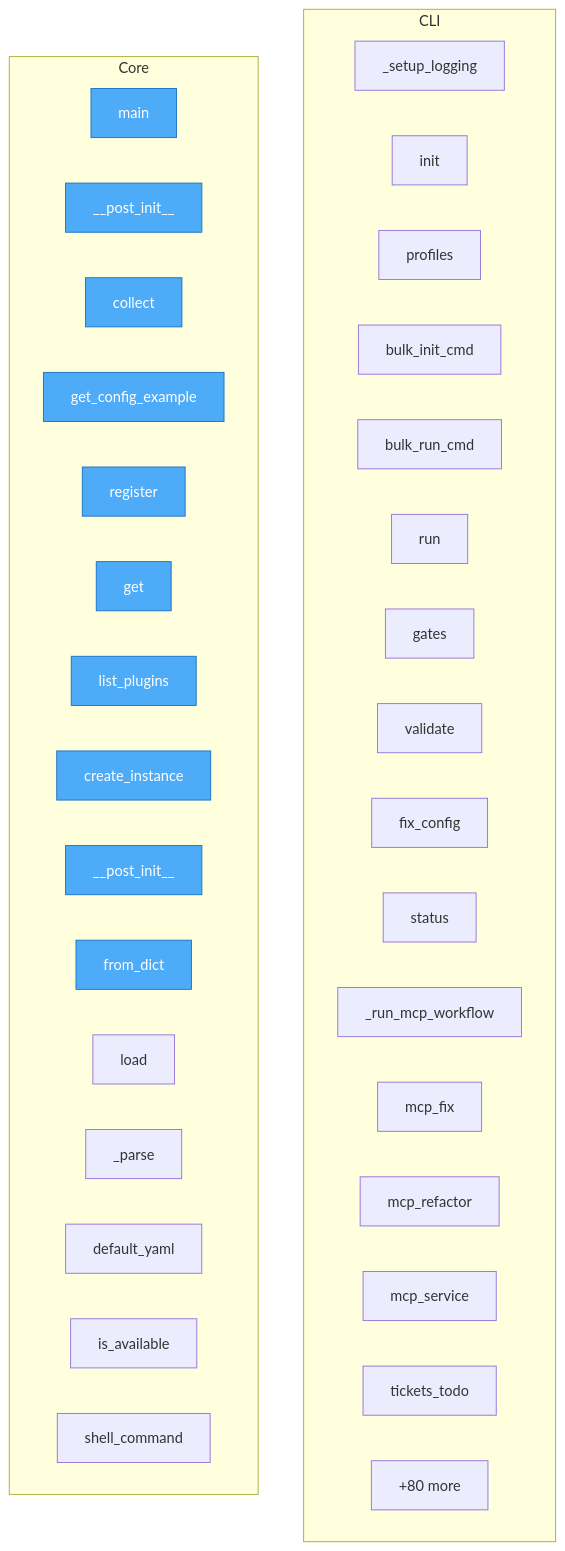
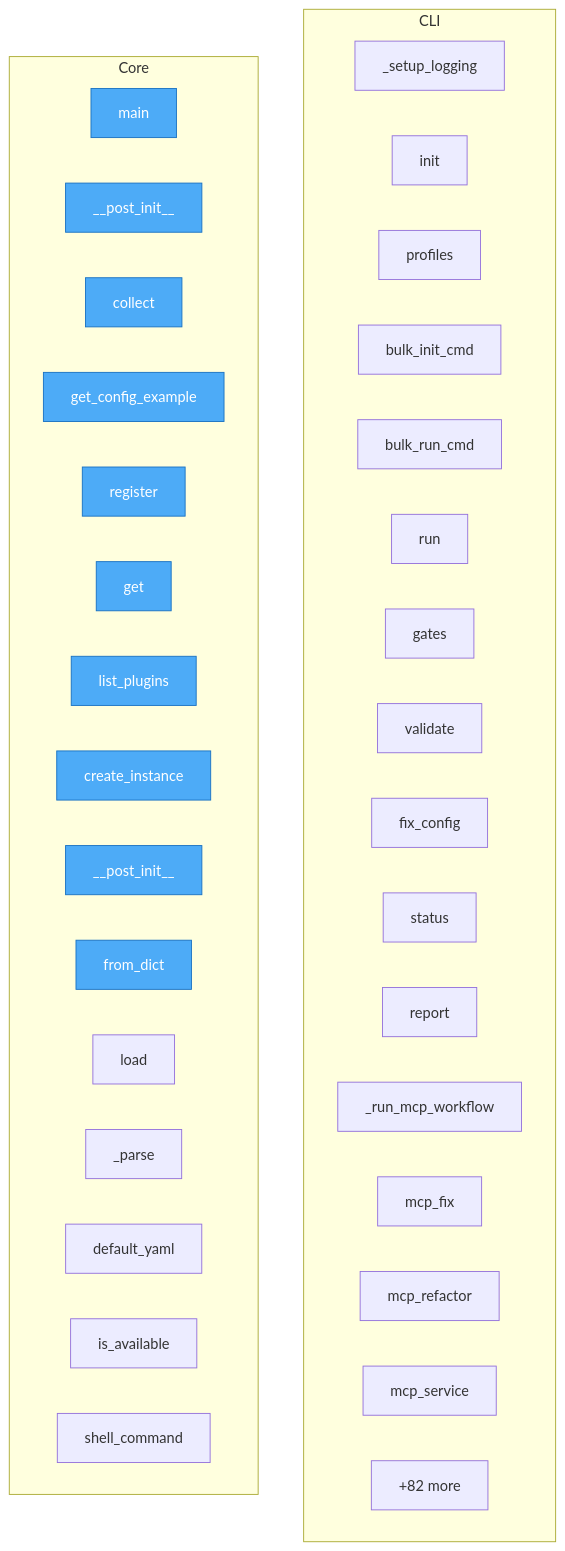
The diagram in project/flow.mmd (semcod/pyqual), drawn with Mermaid before and after one commit. The commit also changed 26 other files, not shown here.

```diff
--- a/project/flow.mmd
+++ b/project/flow.mmd
@@ -1,44 +1,44 @@
 flowchart TD
 
     %% Entry points (blue)
     classDef entry fill:#4dabf7,stroke:#1971c2,color:#fff
 
     subgraph CLI
         pyqual__cli___setup_logging["_setup_logging"]
         pyqual__cli__init["init"]
         pyqual__cli__profiles["profiles"]
         pyqual__cli__bulk_init_cmd["bulk_init_cmd"]
         pyqual__cli__bulk_run_cmd["bulk_run_cmd"]
         pyqual__cli__run["run"]
         pyqual__cli__gates["gates"]
         pyqual__cli__validate["validate"]
         pyqual__cli__fix_config["fix_config"]
         pyqual__cli__status["status"]
+        pyqual__cli__report["report"]
         pyqual__cli___run_mcp_workflow["_run_mcp_workflow"]
         pyqual__cli__mcp_fix["mcp_fix"]
         pyqual__cli__mcp_refactor["mcp_refactor"]
         pyqual__cli__mcp_service["mcp_service"]
-        pyqual__cli__tickets_todo["tickets_todo"]
-        ...["+32 more"]
+        ...["+33 more"]
     end
 
     subgraph Core
         run_analysis__main["main"]
         pyqual__plugins__PluginMetadata____post_init__["__post_init__"]
         pyqual__plugins__MetricCollector__collect["collect"]
         pyqual__plugins__MetricCollector__get_config_example["get_config_example"]
         pyqual__plugins__PluginRegistry__register["register"]
         pyqual__plugins__PluginRegistry__get["get"]
         pyqual__plugins__PluginRegistry__list_plugins["list_plugins"]
         pyqual__plugins__PluginRegistry__create_instance["create_instance"]
         pyqual__config__StageConfig____post_init__["__post_init__"]
         pyqual__config__GateConfig__from_dict["from_dict"]
         pyqual__config__PyqualConfig__load["load"]
         pyqual__config__PyqualConfig___parse["_parse"]
         pyqual__config__PyqualConfig__default_yaml["default_yaml"]
         pyqual__tools__ToolPreset__is_available["is_available"]
         pyqual__tools__ToolPreset__shell_command["shell_command"]
-        ...["+80 more"]
+        ...["+82 more"]
     end
 
     class run_analysis__main,pyqual__plugins__PluginMetadata____post_init__,pyqual__plugins__MetricCollector__collect,pyqual__plugins__MetricCollector__get_config_example,pyqual__plugins__PluginRegistry__register,pyqual__plugins__PluginRegistry__get,pyqual__plugins__PluginRegistry__list_plugins,pyqual__plugins__PluginRegistry__create_instance,pyqual__config__StageConfig____post_init__,pyqual__config__GateConfig__from_dict entry
```
